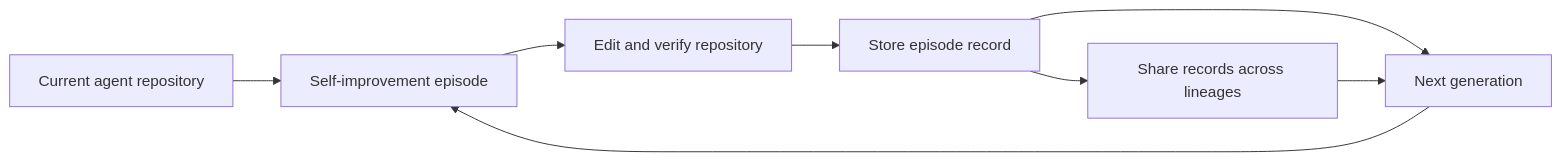
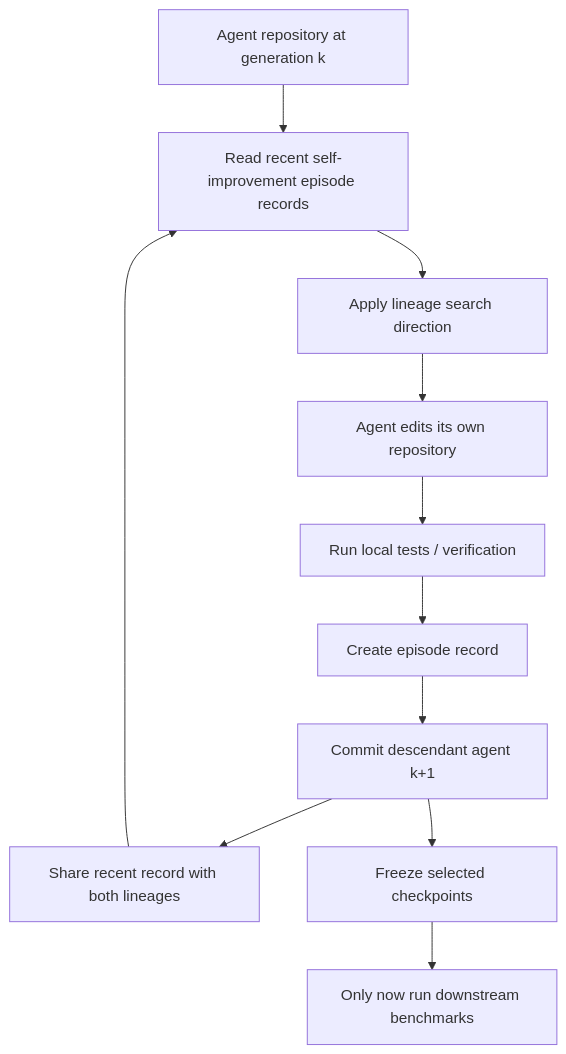
One commit to ShadowKingYT444/harness-papers-daily changed the diagram in _analyses/2609.37968.md. Above: the diagram before and after it, drawn with Mermaid. The commit also changed other lines of this file and 37 other files, not shown here.

````diff
--- a/_analyses/2609.37968.md
+++ b/_analyses/2609.37968.md
@@ -21,10 +41,13 @@
-```mermaid
-flowchart LR
-    A[Current agent repository] --> B[Self-improvement episode]
-    B --> C[Edit and verify repository]
-    C --> D[Store episode record]
-    D --> E[Next generation]
-    E --> B
-    D --> F[Share records across lineages]
-    F --> E
-```
+~~~mermaid
+flowchart TD
+    A["Agent repository at generation k"] --> B["Read recent self-improvement episode records"]
+    B --> C["Apply lineage search direction"]
+    C --> D["Agent edits its own repository"]
+    D --> E["Run local tests / verification"]
+    E --> F["Create episode record"]
+    F --> G["Commit descendant agent k+1"]
+    G --> H["Share recent record with both lineages"]
+    H --> B
+    G --> I["Freeze selected checkpoints"]
+    I --> J["Only now run downstream benchmarks"]
+~~~
````
